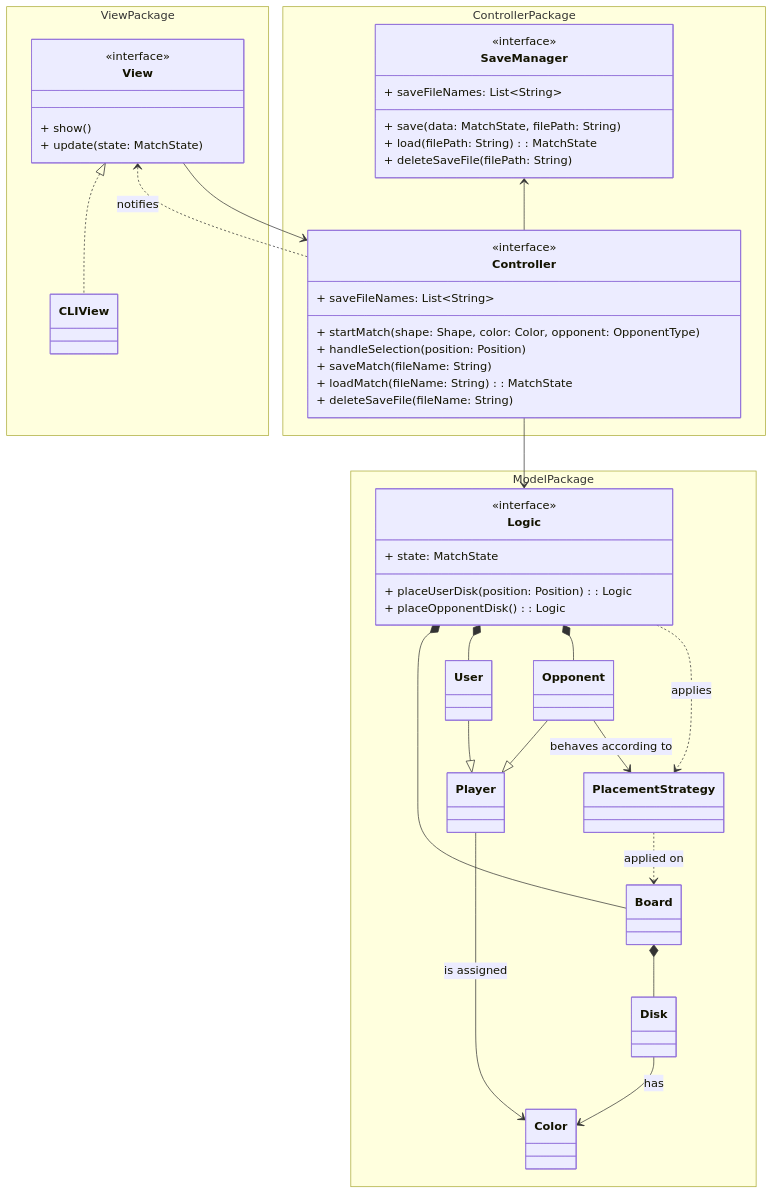
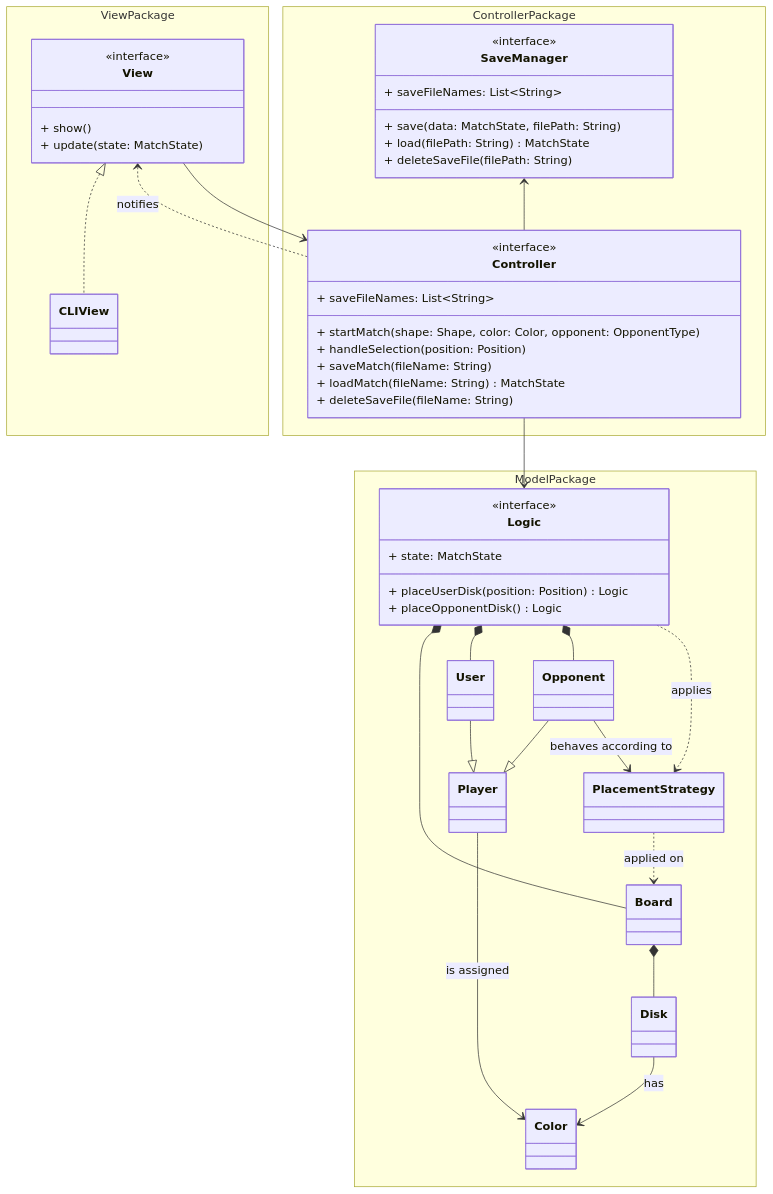
The second of 2 diagrams in docs/report/3-architectural-design.md (Borgotto/PPS-25-scalatello), drawn with Mermaid before and after one commit. The commit also changed 1 other file, not shown here.

Commit message:
update view diagram, add minor syntax fix to diagrams

````diff
--- a/docs/report/3-architectural-design.md
+++ b/docs/report/3-architectural-design.md
@@ -52,64 +52,64 @@
 ```mermaid
 classDiagram
   namespace ViewPackage {
     class View {
       <<interface>>
       + show()
       + update(state: MatchState)
     }
     class CLIView
   }
   namespace ControllerPackage {
     class Controller {
       <<interface>>
       + startMatch(shape: Shape, color: Color, opponent: OpponentType)
       + handleSelection(position: Position)
       + saveMatch(fileName: String)
-      + loadMatch(fileName: String): MatchState
+      + loadMatch(fileName: String) MatchState
       + saveFileNames: List~String~
       + deleteSaveFile(fileName: String)
     }
     class SaveManager {
       <<interface>>
       + save(data: MatchState, filePath: String)
-      + load(filePath: String): MatchState
+      + load(filePath: String) MatchState
       + saveFileNames: List~String~
       + deleteSaveFile(filePath: String)
     }
   }
   namespace ModelPackage {
     class Logic {
       <<interface>>
       + state: MatchState
-      + placeUserDisk(position: Position): Logic
-      + placeOpponentDisk(): Logic
+      + placeUserDisk(position: Position) Logic
+      + placeOpponentDisk() Logic
     }
     class PlacementStrategy
     class Opponent
     class User
     class Board
     class Disk
     class Color
     class Player
   }
 
   Logic ..> PlacementStrategy: applies
   Logic *-- Opponent
   Logic *-- User
   Logic *-- Board
 
   Opponent --> PlacementStrategy : behaves according to
   Opponent --|> Player
   User --|> Player
   Player --> Color: is assigned
   PlacementStrategy ..> Board: applied on
   Board *-- Disk
   Disk --> Color: has
 
   View --> Controller
   View <.. Controller : notifies
   Controller --> Logic
   SaveManager <-- Controller
 
   View <|.. CLIView
 ```
````
